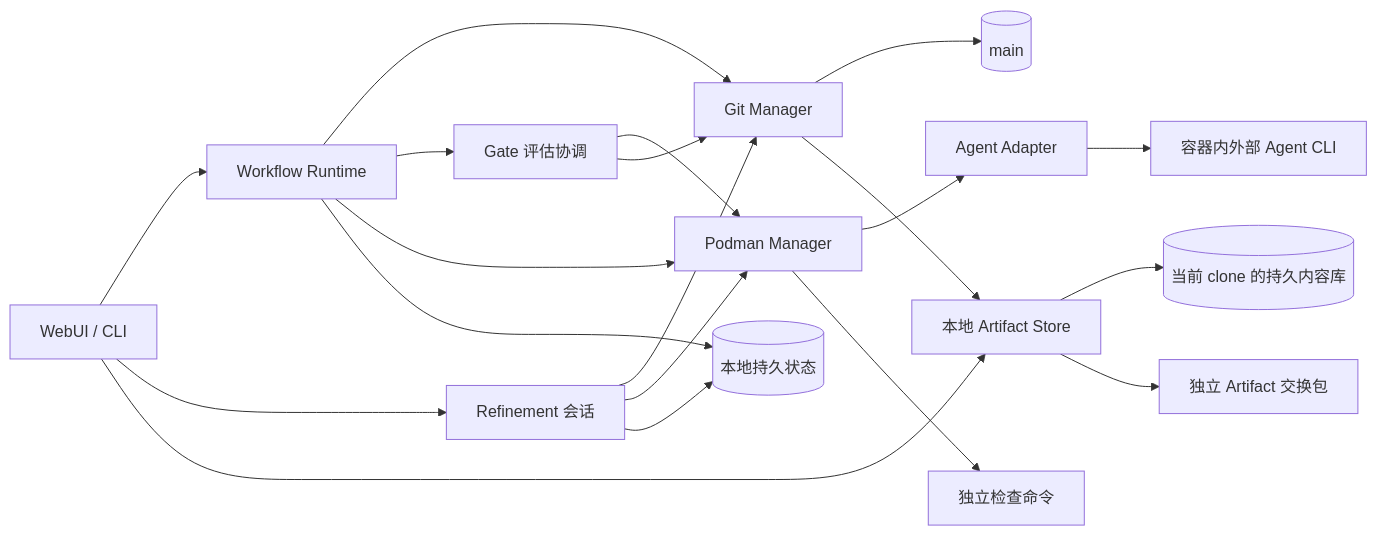
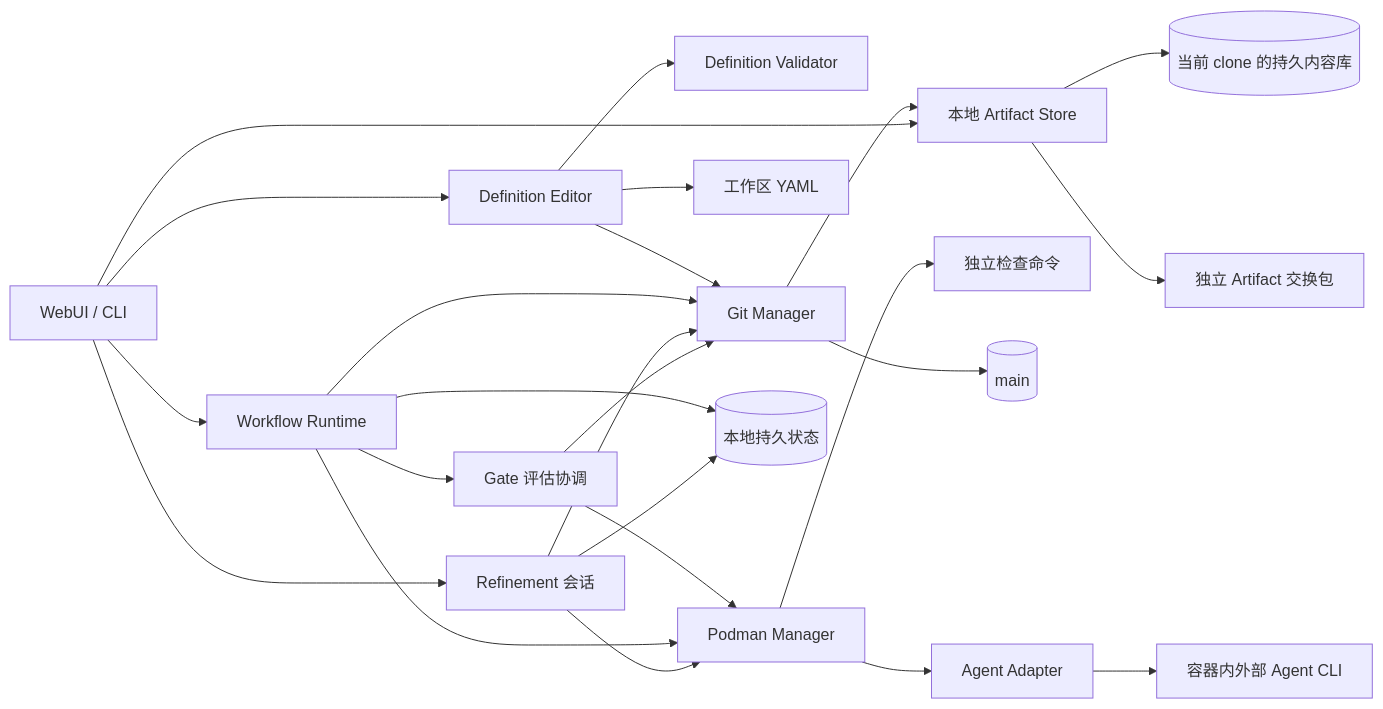
Before and after one commit to LingMessy/facetloom: the diagram in design/05-services.md, drawn with Mermaid. The commit also changed other lines of this file and 7 other files, not shown here.

````diff
--- a/design/05-services.md
+++ b/design/05-services.md
@@ -7,22 +7,26 @@
 ```mermaid
 flowchart LR
     UI[WebUI / CLI] --> RT[Workflow Runtime]
+    UI --> DE[Definition Editor]
+    DE --> DV[Definition Validator]
+    DE --> GM
+    DE --> YAML[工作区 YAML]
     UI --> RF[Refinement 会话]
     RT --> GM[Git Manager]
     RF --> GM
     RT --> GE[Gate 评估协调]
     GE --> PM[Podman Manager]
     GE --> GM
     RT --> PM
     RF --> PM
     PM --> AD[Agent Adapter]
     AD --> EA[容器内外部 Agent CLI]
     PM --> CK[独立检查命令]
     GM --> Main[(main)]
     GM --> AS[本地 Artifact Store]
     UI --> AS
     AS --> Artifact[(当前 clone 的持久内容库)]
     AS --> Exchange[独立 Artifact 交换包]
     RT --> Local[(本地持久状态)]
     RF --> Local
 ```
````
